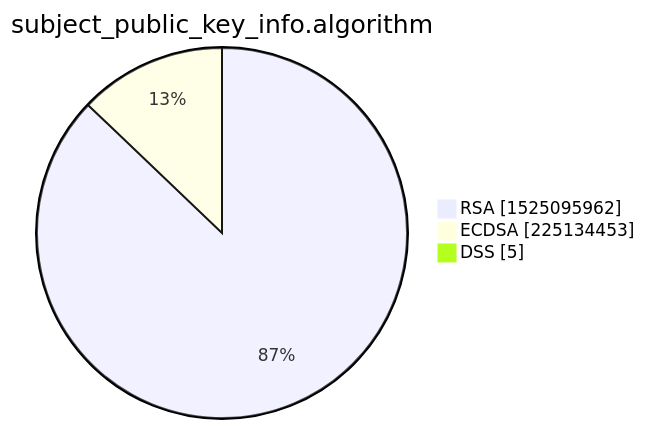
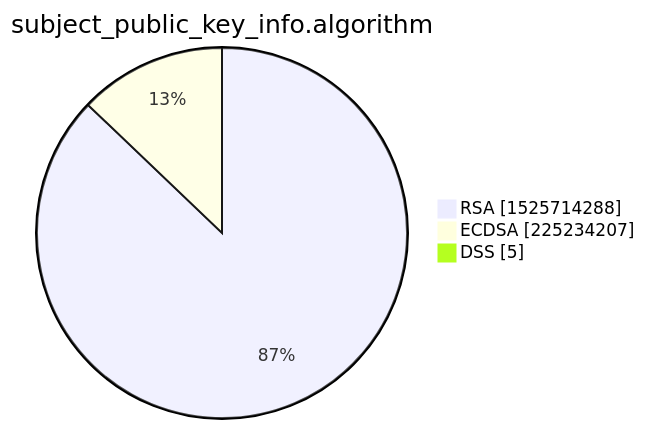
One commit to christiankrug/ctmonitor_visualization changed the third of 15 diagrams in xenon2022/README.md. Above: the diagram before and after it, drawn with Mermaid. The commit also changed other lines of this file, not shown here.

````diff
--- a/xenon2022/README.md
+++ b/xenon2022/README.md
@@ -14,7 +14,7 @@
 ```mermaid
 pie showData
 title subject_public_key_info.algorithm
-"RSA" :1525095962
-"ECDSA" :225134453
+"RSA" :1525714288
+"ECDSA" :225234207
 "DSS" :5
 ```
````
